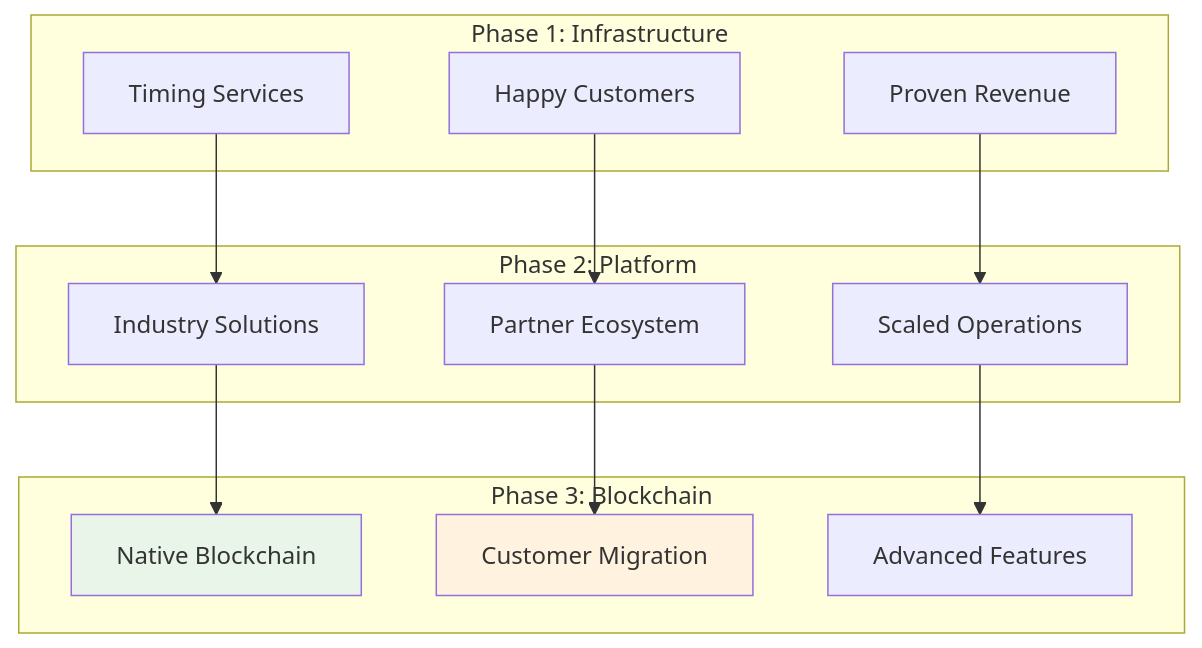
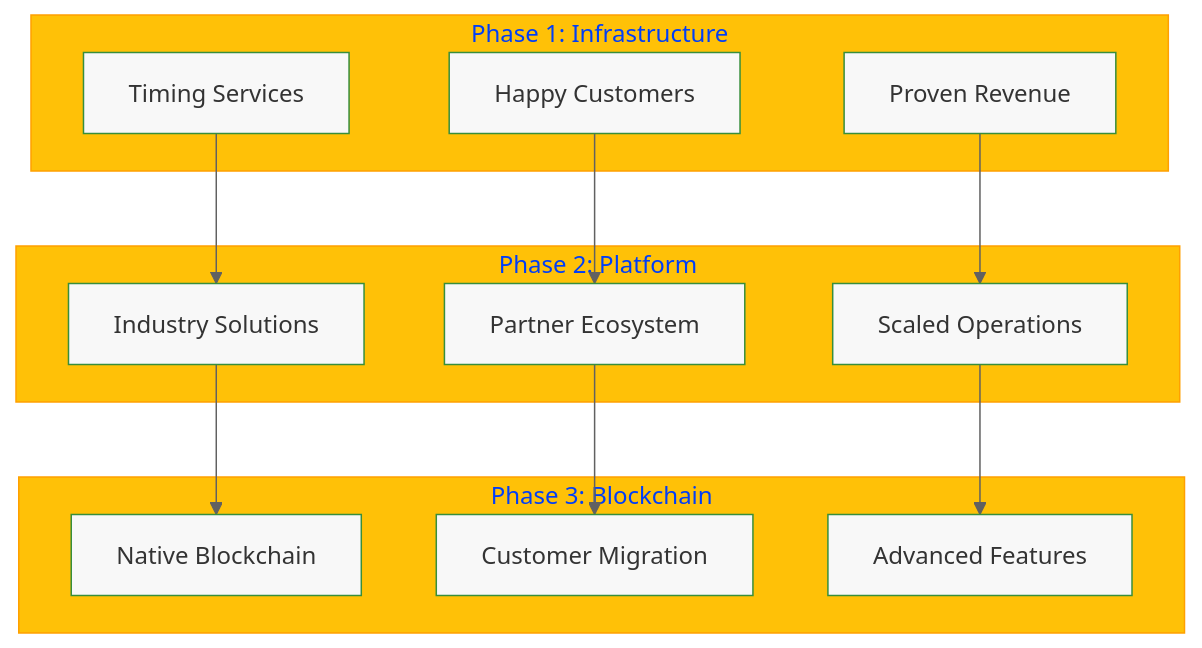
The fifth of 5 diagrams in GO_TO_MARKET_STRATEGY_INFRASTRUCTURE_FIRST_APPROACH.md (nshkrdotcom/ChronoLedger), drawn with Mermaid before and after one commit. The commit also changed other lines of this file and 6 other files, not shown here.

````diff
--- a/GO_TO_MARKET_STRATEGY_INFRASTRUCTURE_FIRST_APPROACH.md
+++ b/GO_TO_MARKET_STRATEGY_INFRASTRUCTURE_FIRST_APPROACH.md
@@ -492,31 +532,39 @@
 ```mermaid
+%%{init: {'theme': 'base', 'themeVariables': {
+    'primaryColor': '#4CAF50',
+    'primaryBorderColor': '#388E3C',
+    'secondaryColor': '#2196F3',
+    'secondaryBorderColor': '#1976D2',
+    'tertiaryColor': '#FFC107',
+    'tertiaryBorderColor': '#FFA000',
+    'lineColor': '#616161',
+    'textColor': '#212121',
+    'mainBkg': '#F8F8F8'
+}}}%%
 graph TD
     subgraph "Phase 1: Infrastructure"
         TIMING[Timing Services]
         CUSTOMERS[Happy Customers]
         REVENUE[Proven Revenue]
     end
     
     subgraph "Phase 2: Platform"
         SOLUTIONS[Industry Solutions]
         ECOSYSTEM[Partner Ecosystem]
         SCALE[Scaled Operations]
     end
     
     subgraph "Phase 3: Blockchain"
         NATIVE[Native Blockchain]
         MIGRATION[Customer Migration]
         FEATURES[Advanced Features]
     end
     
     TIMING --> SOLUTIONS
     CUSTOMERS --> ECOSYSTEM
     REVENUE --> SCALE
     
     SOLUTIONS --> NATIVE
     ECOSYSTEM --> MIGRATION
     SCALE --> FEATURES
-    
-    style NATIVE fill:#e8f5e8
-    style MIGRATION fill:#fff3e0
 ```
````
